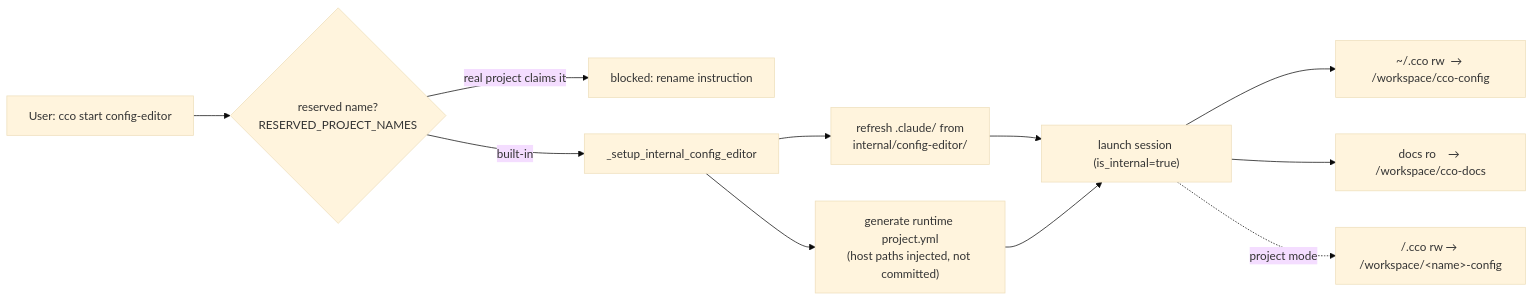
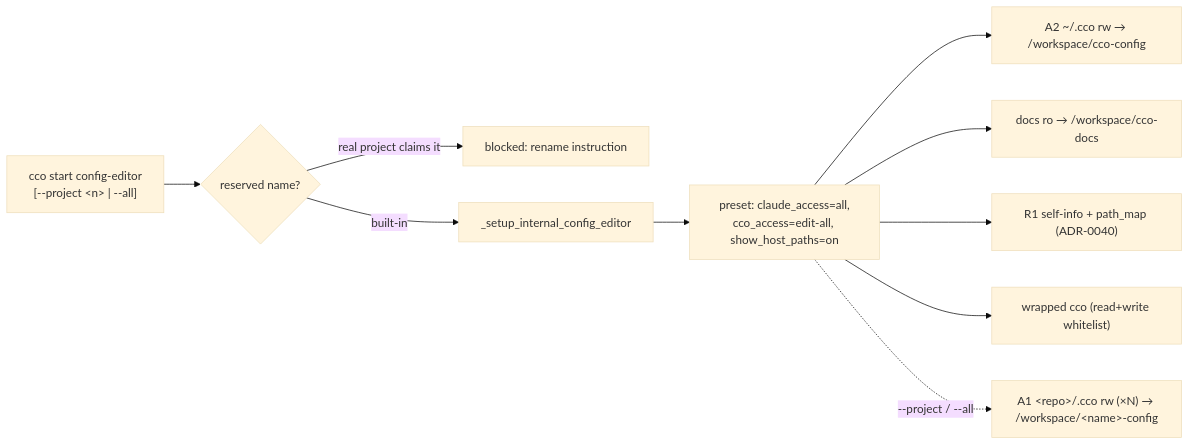
Before and after one commit to alergyonthestage/claude-orchestrator: the first of 2 diagrams in docs/maintainers/internal-projects/config-editor/design/design-config-editor.md, drawn with Mermaid (base theme). The commit also changed other lines of this file and 3 other files, not shown here.

First line of the commit message:
docs: accept ADR-0036/0040; rewrite config-editor + tutorial design as presets

````diff
--- a/docs/maintainers/internal-projects/config-editor/design/design-config-editor.md
+++ b/docs/maintainers/internal-projects/config-editor/design/design-config-editor.md
@@ -26,13 +37,12 @@
 ```mermaid
 flowchart LR
-  U["User: cco start config-editor"] --> R{"reserved name?<br/>RESERVED_PROJECT_NAMES"}
+  U["cco start config-editor<br/>[--project &lt;n&gt; | --all]"] --> R{"reserved name?"}
   R -- "real project claims it" --> B["blocked: rename instruction"]
   R -- "built-in" --> S["_setup_internal_config_editor"]
-  S --> C["refresh .claude/ from<br/>internal/config-editor/"]
-  S --> G["generate runtime project.yml<br/>(host paths injected, not committed)"]
-  C --> L["launch session (is_internal=true)"]
-  G --> L
-  L --> M1["~/.cco rw  → /workspace/cco-config"]
-  L --> M2["docs ro    → /workspace/cco-docs"]
-  L -. "project mode" .-> M3["<repo>/.cco rw → /workspace/&lt;name&gt;-config"]
+  S --> P["preset: claude_access=all,<br/>cco_access=edit-all, show_host_paths=on"]
+  P --> M1["A2 ~/.cco rw → /workspace/cco-config"]
+  P --> M2["docs ro → /workspace/cco-docs"]
+  P --> M3["R1 self-info + path_map (ADR-0040)"]
+  P --> M4["wrapped cco (read+write whitelist)"]
+  P -. "--project / --all" .-> M5["A1 &lt;repo&gt;/.cco rw (×N) → /workspace/&lt;name&gt;-config"]
 ```
````
